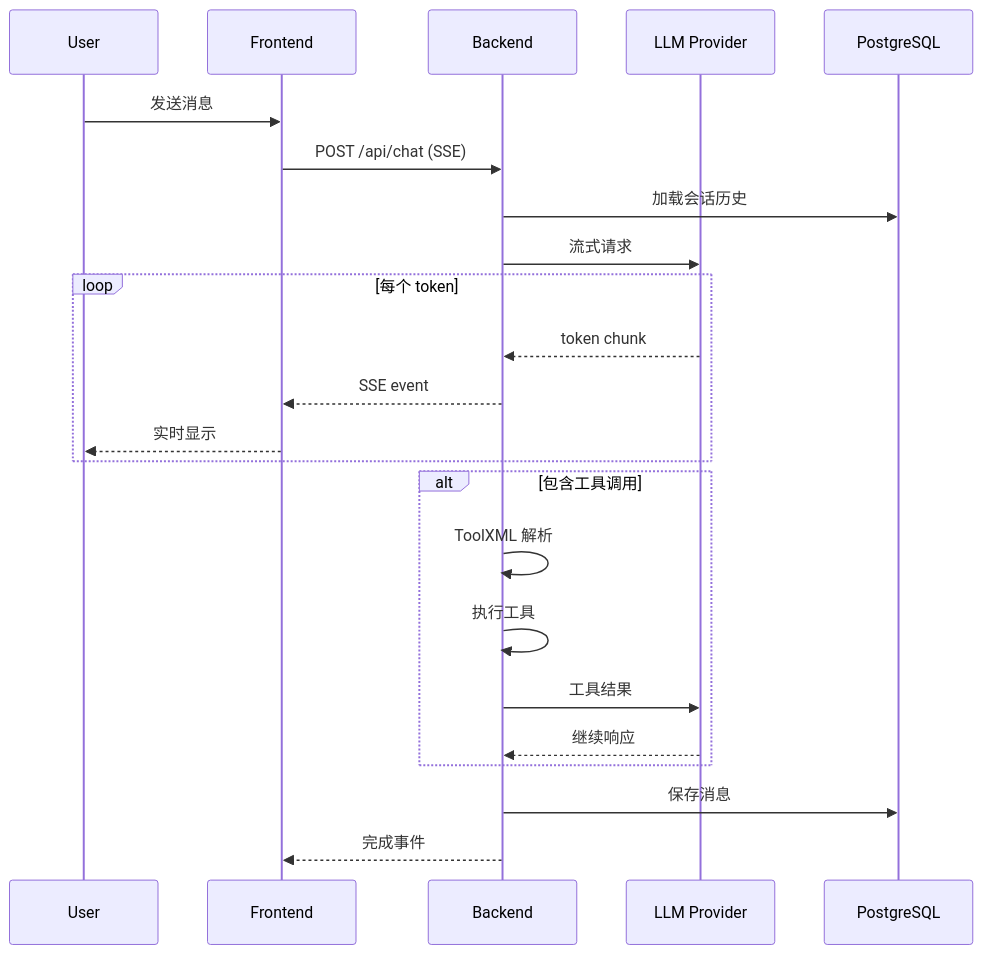
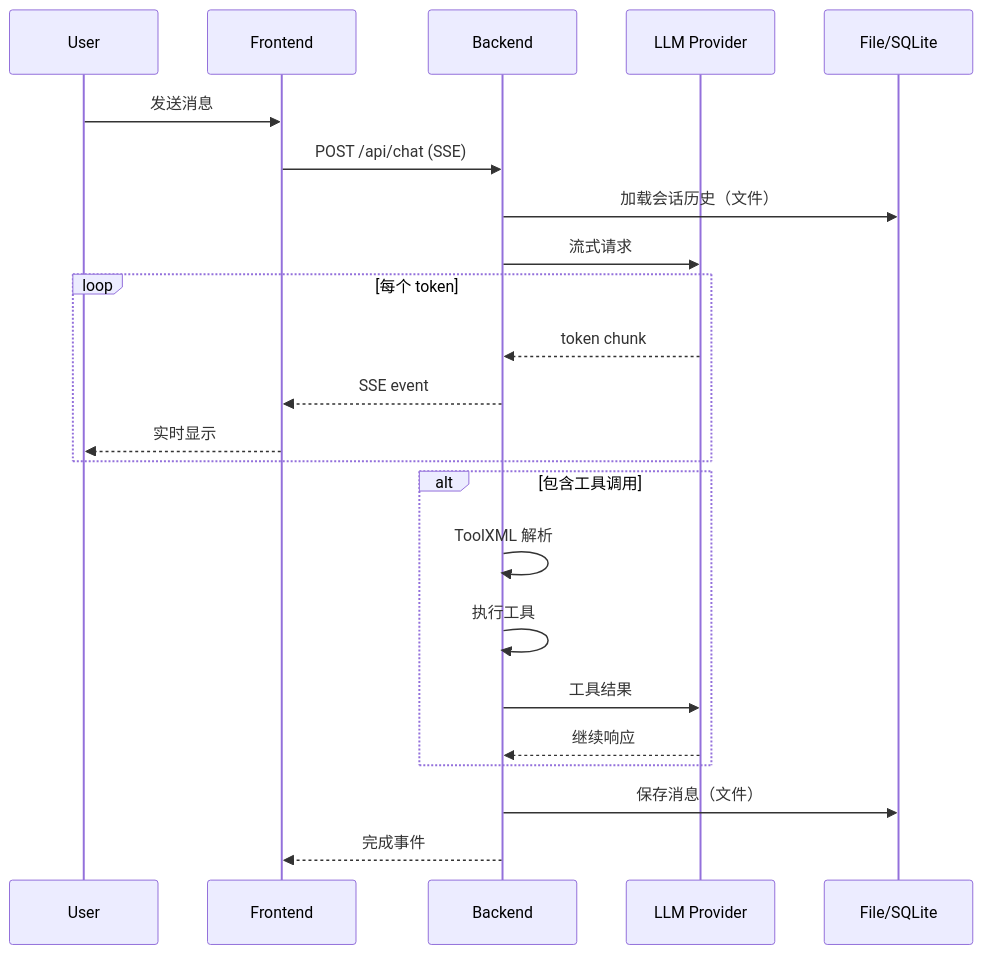
Before and after one commit to LyleLiu666/oneAgent: the second of 2 diagrams in docs/00-overview.md, drawn with Mermaid. The commit also changed other lines of this file and 42 other files, not shown here.

````diff
--- a/docs/00-overview.md
+++ b/docs/00-overview.md
@@ -92,29 +105,29 @@
 ```mermaid
 sequenceDiagram
     participant U as User
     participant FE as Frontend
     participant BE as Backend
     participant LLM as LLM Provider
-    participant DB as PostgreSQL
+    participant FS as File/SQLite
 
     U->>FE: 发送消息
     FE->>BE: POST /api/chat (SSE)
-    BE->>DB: 加载会话历史
+    BE->>FS: 加载会话历史（文件）
     BE->>LLM: 流式请求
     
     loop 每个 token
         LLM-->>BE: token chunk
         BE-->>FE: SSE event
         FE-->>U: 实时显示
     end
     
     alt 包含工具调用
         BE->>BE: ToolXML 解析
         BE->>BE: 执行工具
         BE->>LLM: 工具结果
         LLM-->>BE: 继续响应
     end
     
-    BE->>DB: 保存消息
+    BE->>FS: 保存消息（文件）
     BE-->>FE: 完成事件
 ```
````
